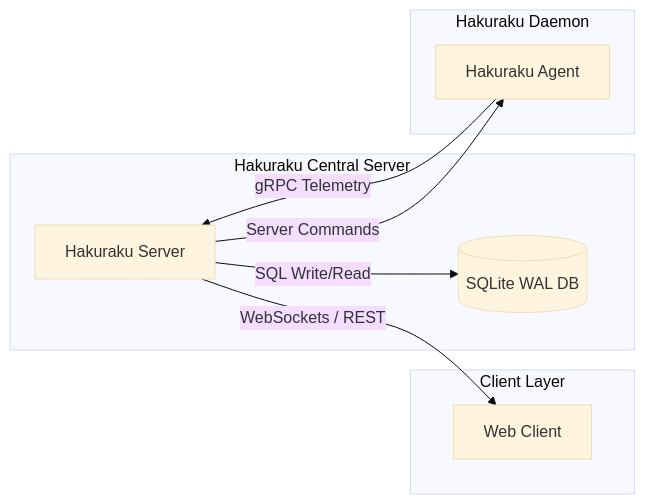
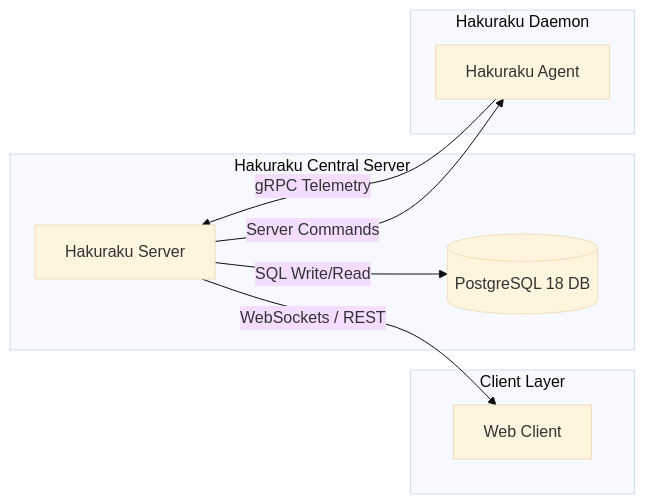
One commit to irvanmalik48/hakuraku changed the diagram in README.md. Above: the diagram before and after it, drawn with Mermaid (base theme). The commit also changed other lines of this file, not shown here.

Commit message:
docs: update system architecture and database references to postgresql 18

````diff
--- a/README.md
+++ b/README.md
@@ -27,20 +27,20 @@
 ```mermaid
 graph LR
     subgraph Client ["Client Layer"]
         WC["Web Client"]
     end
 
     subgraph Core ["Hakuraku Central Server"]
         SV["Hakuraku Server"]
-        DB[("SQLite WAL DB")]
+        DB[("PostgreSQL 18 DB")]
     end
 
     subgraph Daemon ["Hakuraku Daemon"]
         AG["Hakuraku Agent"]
     end
 
     AG -- "gRPC Telemetry" --> SV
     SV -- "Server Commands" --> AG
     SV -- "WebSockets / REST" --> WC
     SV -- "SQL Write/Read" --> DB
 ```
````
